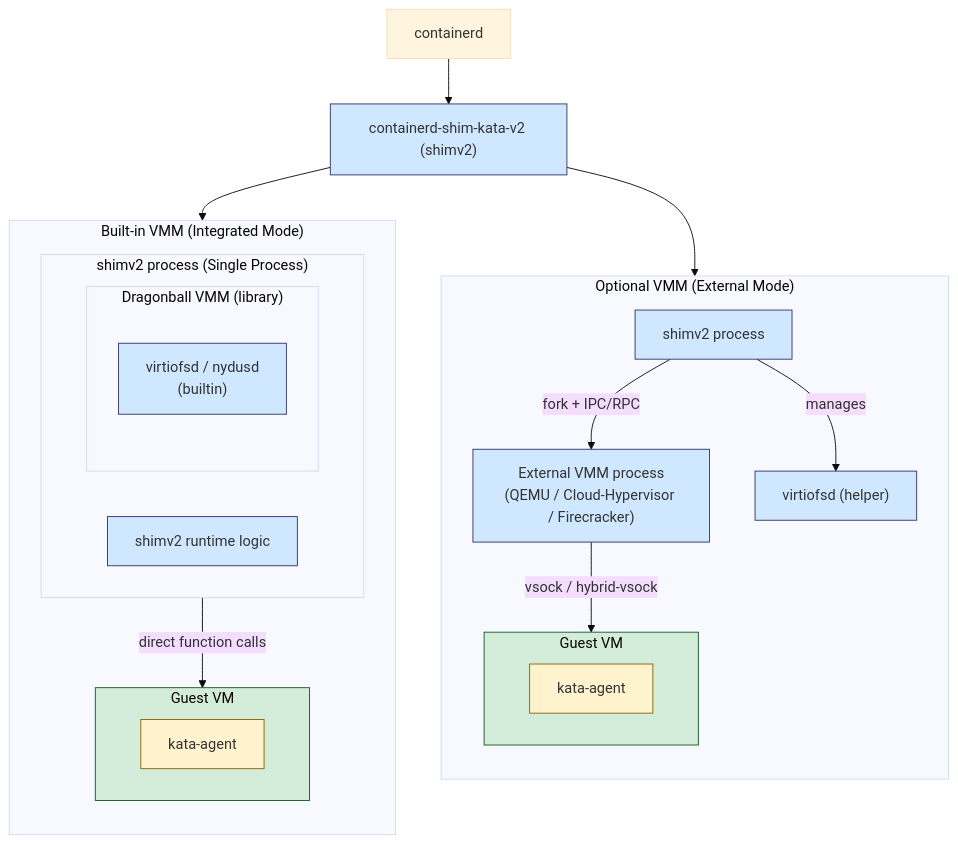
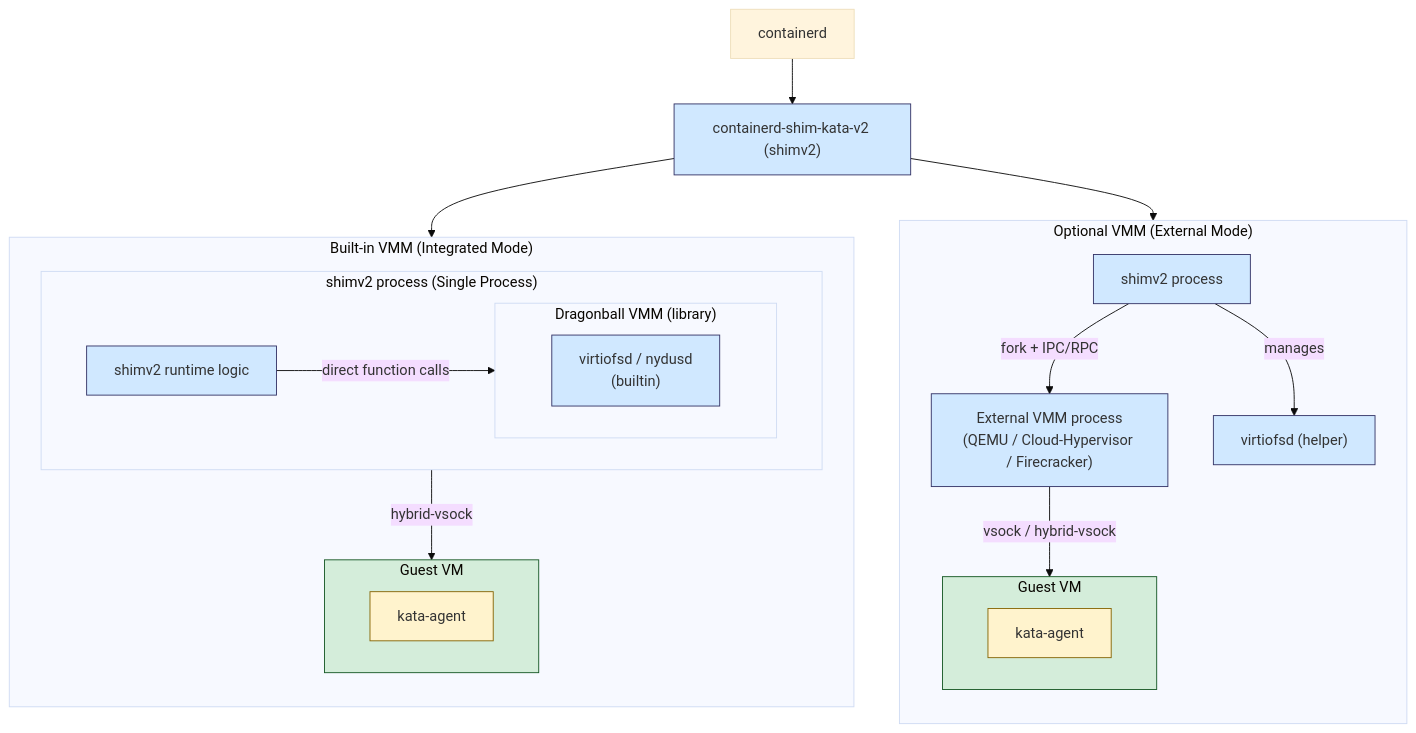
The first of 6 diagrams in docs/design/architecture_4.0/README.md (Apokleos/kata-containers), drawn with Mermaid (base theme) before and after one commit. The commit also changed other lines of this file, not shown here.

Commit message:
docs: refine Built-in VMM diagrams with direct-function-calls and hybrid-vsock labels
Agent-Logs-Url: https://github.com/Apokleos/kata-containers/sessions/4ec0ba2c-7e1b-47bf-9e6e-b765c504fd54

````diff
--- a/docs/design/architecture_4.0/README.md
+++ b/docs/design/architecture_4.0/README.md
@@ -15,41 +15,42 @@
 ```mermaid
 graph TD
     containerd["containerd"] --> shimv2["containerd-shim-kata-v2 (shimv2)"]
 
     subgraph BuiltIn["Built-in VMM (Integrated Mode)"]
         direction TD
         subgraph shimv2_bi["shimv2 process (Single Process)"]
             runtime_bi["shimv2 runtime logic"]
             subgraph dragonball["Dragonball VMM (library)"]
                 helpers_bi["virtiofsd / nydusd\n(builtin)"]
             end
+            runtime_bi -->|"direct function calls"| dragonball
         end
         subgraph guestvm_bi["Guest VM"]
             agent_bi["kata-agent"]
         end
-        shimv2_bi -->|"direct function calls"| guestvm_bi
+        shimv2_bi -->|"hybrid-vsock"| guestvm_bi
     end
 
     subgraph OptionalVMM["Optional VMM (External Mode)"]
         direction TD
         shimv2_ext["shimv2 process"]
         virtiofsd_ext["virtiofsd (helper)"]
         ext_vmm["External VMM process\n(QEMU / Cloud-Hypervisor / Firecracker)"]
         subgraph guestvm_ext["Guest VM"]
             agent_ext["kata-agent"]
         end
         shimv2_ext -->|"fork + IPC/RPC"| ext_vmm
         shimv2_ext -->|"manages"| virtiofsd_ext
         ext_vmm -->|"vsock / hybrid-vsock"| guestvm_ext
     end
 
     shimv2 --> BuiltIn
     shimv2 --> OptionalVMM
 
     classDef process fill:#d0e8ff,stroke:#336,stroke-width:1px
     classDef vm fill:#d4edda,stroke:#155724,stroke-width:1px
     classDef agent fill:#fff3cd,stroke:#856404,stroke-width:1px
     class shimv2,runtime_bi,shimv2_ext,helpers_bi,virtiofsd_ext,ext_vmm process
     class guestvm_bi,guestvm_ext vm
     class agent_bi,agent_ext agent
 ```
````
